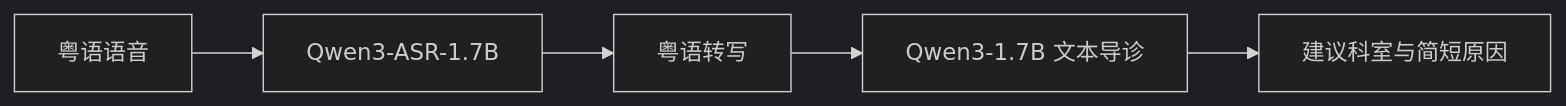
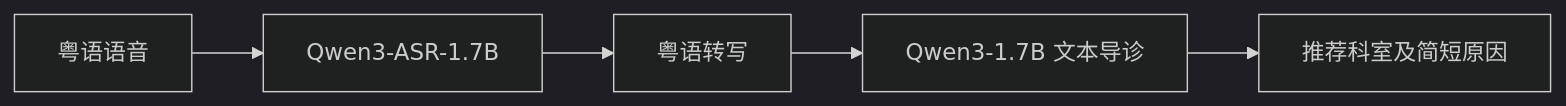
Before and after one commit to JocyRose/AI-CantoTriage: the diagram in README.md, drawn with Mermaid (dark theme). The commit also changed other lines of this file, not shown here.

````diff
--- a/README.md
+++ b/README.md
@@ -14,7 +11,7 @@
 ```mermaid
 flowchart LR
     A["粤语语音"] --> B["Qwen3-ASR-1.7B"]
     B --> C["粤语转写"]
     C --> D["Qwen3-1.7B 文本导诊"]
-    D --> E["建议科室与简短原因"]
+    D --> E["推荐科室及简短原因"]
 ```
````
